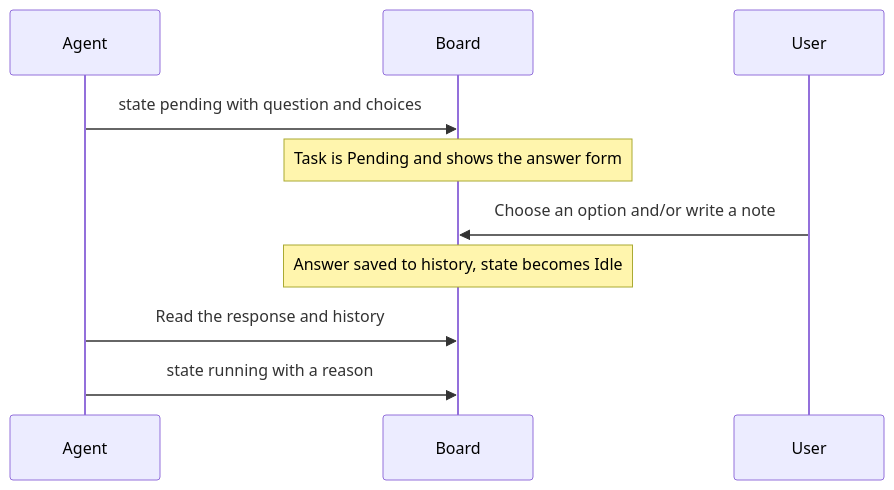
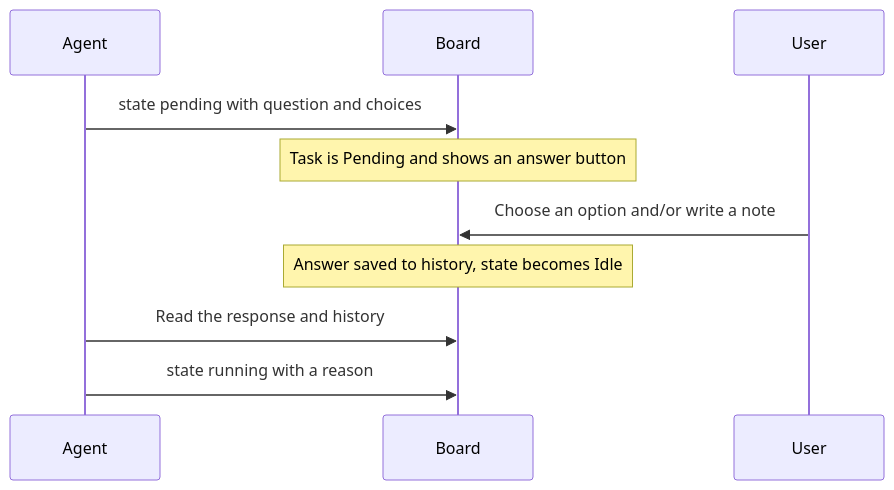
One commit to FooQoo/agent-board changed the diagram in docs/guide/use/decisions.md. Above: the diagram before and after it, drawn with Mermaid. The commit also changed other lines of this file and 7 other files, not shown here.

````diff
--- a/docs/guide/use/decisions.md
+++ b/docs/guide/use/decisions.md
@@ -35,12 +54,12 @@
 ```mermaid
 sequenceDiagram
     participant A as Agent
     participant B as Board
     participant U as User
     A->>B: state pending with question and choices
-    Note over B: Task is Pending and shows the answer form
+    Note over B: Task is Pending and shows an answer button
     U->>B: Choose an option and/or write a note
     Note over B: Answer saved to history, state becomes Idle
     A->>B: Read the response and history
     A->>B: state running with a reason
 ```
````
